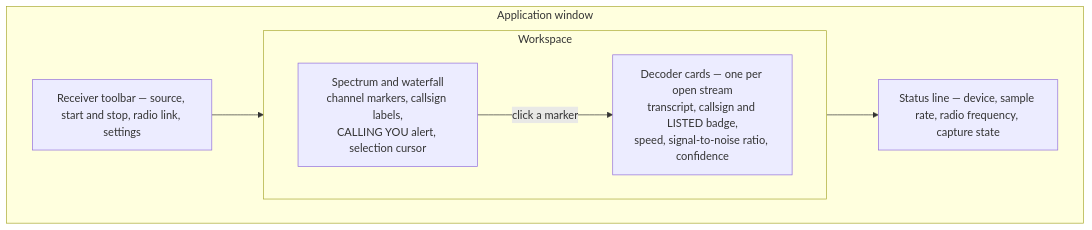
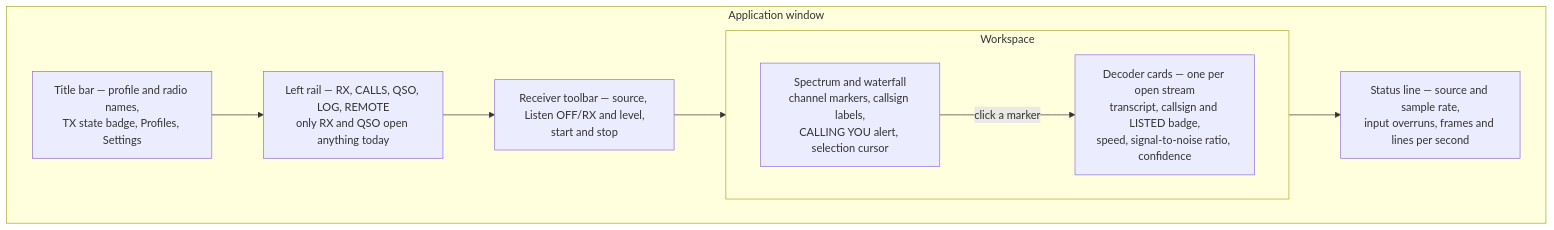
The first of 2 diagrams in docs/manuals/operator-guide.md (alessiobravi/CW-Assistant), drawn with Mermaid before and after one commit. The commit also changed other lines of this file and 39 other files, not shown here.

````diff
--- a/docs/manuals/operator-guide.md
+++ b/docs/manuals/operator-guide.md
@@ -37,14 +38,16 @@
 ```mermaid
 flowchart TB
   subgraph WIN["Application window"]
-    TOOL["Receiver toolbar — source, start and stop, radio link, settings"]
+    HEAD["Title bar — profile and radio names,<br/>TX state badge, Profiles, Settings"]
+    RAIL["Left rail — RX, CALLS, QSO, LOG, REMOTE<br/>only RX and QSO open anything today"]
+    TOOL["Receiver toolbar — source, Listen OFF/RX and level,<br/>start and stop"]
     subgraph MAIN["Workspace"]
       direction LR
       SPEC["Spectrum and waterfall<br/>channel markers, callsign labels,<br/>CALLING YOU alert, selection cursor"]
       CARDS["Decoder cards — one per open stream<br/>transcript, callsign and LISTED badge,<br/>speed, signal-to-noise ratio, confidence"]
     end
-    STATUS["Status line — device, sample rate, radio frequency, capture state"]
+    STATUS["Status line — source and sample rate,<br/>input overruns, frames and lines per second"]
   end
-  TOOL --> MAIN --> STATUS
+  HEAD --> RAIL --> TOOL --> MAIN --> STATUS
   SPEC -->|"click a marker"| CARDS
 ```
````
